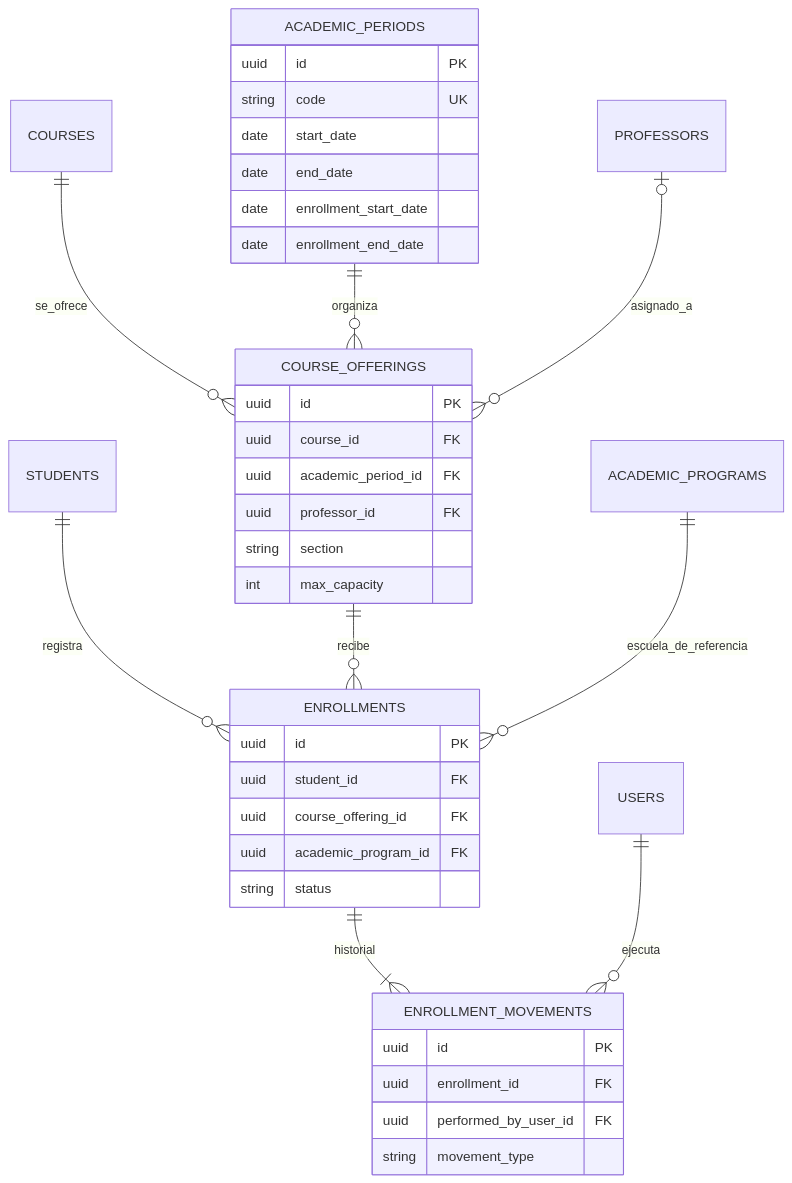
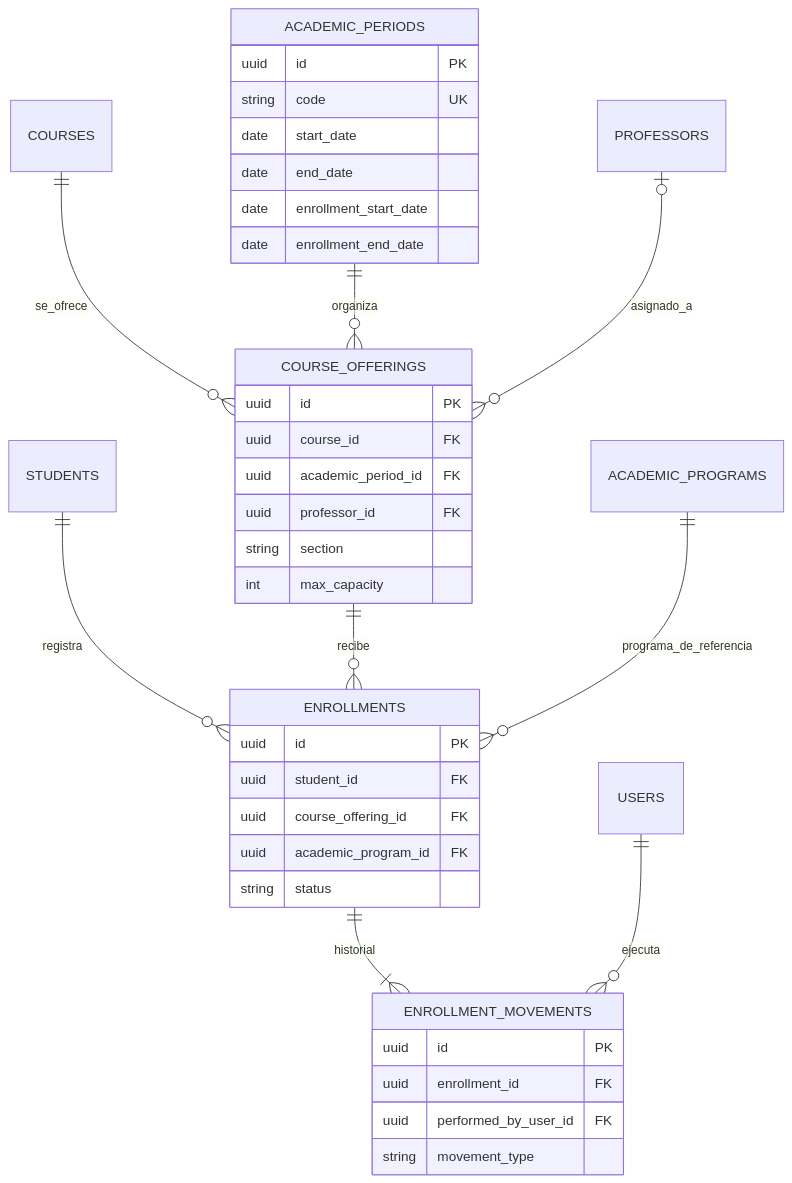
One commit to EderPanta18/academic-management-api changed the second of 3 diagrams in docs/05-modeling/02-data-model.md. Above: the diagram before and after it, drawn with Mermaid. The commit also changed other lines of this file and 22 other files, not shown here.

````diff
--- a/docs/05-modeling/02-data-model.md
+++ b/docs/05-modeling/02-data-model.md
@@ -105,41 +109,41 @@
 ```mermaid
 erDiagram
     COURSES ||--o{ COURSE_OFFERINGS : se_ofrece
     ACADEMIC_PERIODS ||--o{ COURSE_OFFERINGS : organiza
     PROFESSORS o|--o{ COURSE_OFFERINGS : asignado_a
     STUDENTS ||--o{ ENROLLMENTS : registra
     COURSE_OFFERINGS ||--o{ ENROLLMENTS : recibe
-    ACADEMIC_PROGRAMS ||--o{ ENROLLMENTS : escuela_de_referencia
+    ACADEMIC_PROGRAMS ||--o{ ENROLLMENTS : programa_de_referencia
     ENROLLMENTS ||--|{ ENROLLMENT_MOVEMENTS : historial
     USERS ||--o{ ENROLLMENT_MOVEMENTS : ejecuta
 
     ACADEMIC_PERIODS {
         uuid id PK
         string code UK
         date start_date
         date end_date
         date enrollment_start_date
         date enrollment_end_date
     }
     COURSE_OFFERINGS {
         uuid id PK
         uuid course_id FK
         uuid academic_period_id FK
         uuid professor_id FK
         string section
         int max_capacity
     }
     ENROLLMENTS {
         uuid id PK
         uuid student_id FK
         uuid course_offering_id FK
         uuid academic_program_id FK
         string status
     }
     ENROLLMENT_MOVEMENTS {
         uuid id PK
         uuid enrollment_id FK
         uuid performed_by_user_id FK
         string movement_type
     }
 ```
````
